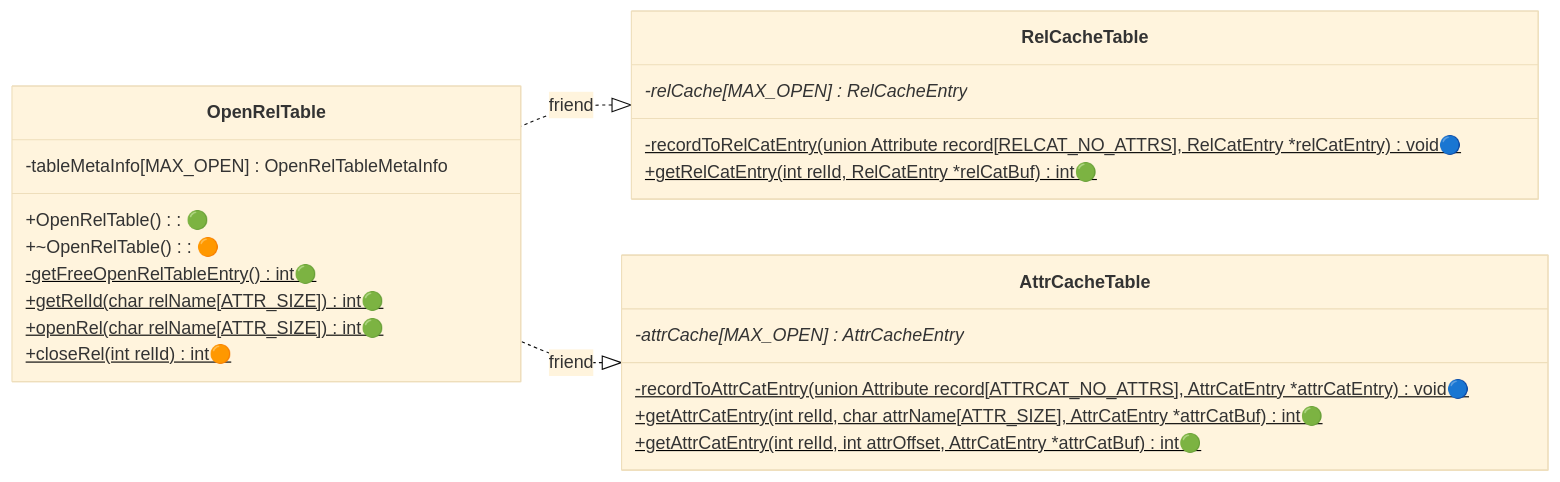
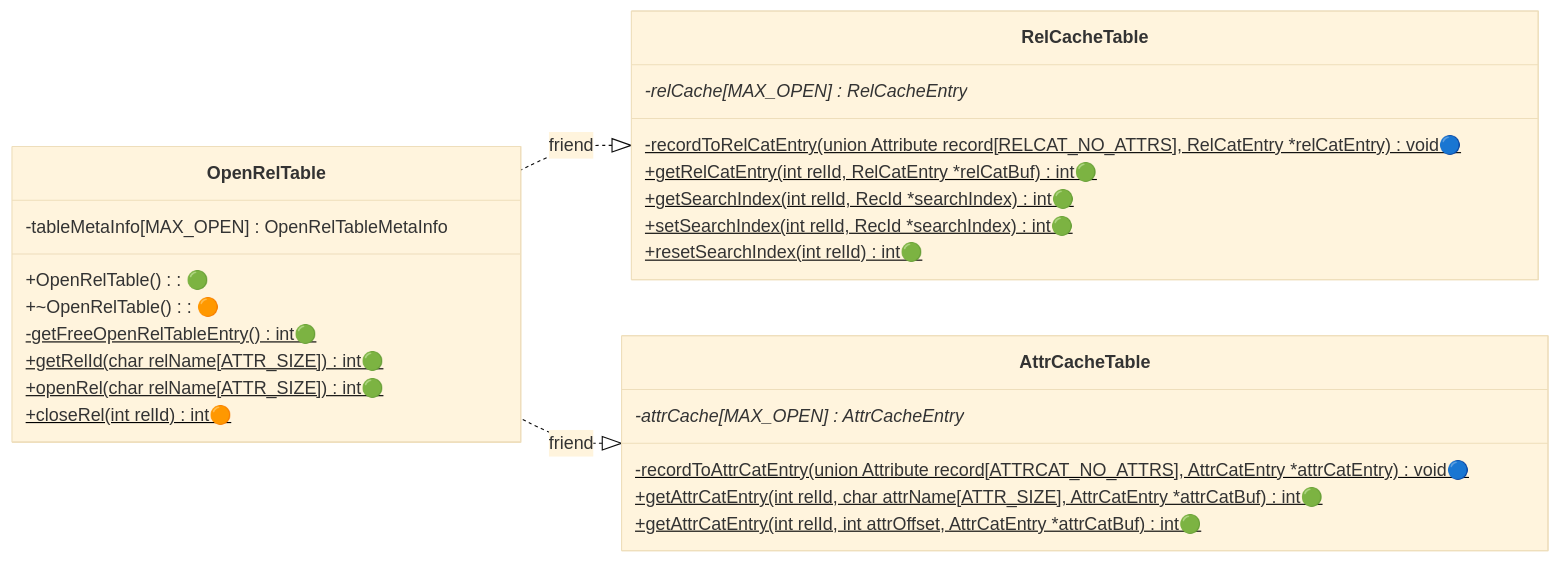
Before and after one commit to NITCbase/nitcbase.github.io: the third of 3 diagrams in docs/Roadmap/Stage04.md, drawn with Mermaid (base theme). The commit also changed other lines of this file, not shown here.

Commit message:
more stage 4 diagrams. pending split

````diff
--- a/docs/Roadmap/Stage04.md
+++ b/docs/Roadmap/Stage04.md
@@ -82,28 +125,31 @@
 ```mermaid
 classDiagram
   direction RL
   RelCacheTable <|.. OpenRelTable : friend
   AttrCacheTable <|.. OpenRelTable : friend
 
   class RelCacheTable{
     -relCache[MAX_OPEN] : RelCacheEntry*
     -recordToRelCatEntry(union Attribute record[RELCAT_NO_ATTRS], RelCatEntry *relCatEntry)$ void🔵
     +getRelCatEntry(int relId, RelCatEntry *relCatBuf)$ int🟢
+    +getSearchIndex(int relId, RecId *searchIndex)$ int🟢
+    +setSearchIndex(int relId, RecId *searchIndex)$ int🟢
+    +resetSearchIndex(int relId)$ int🟢
   }
   class AttrCacheTable{
       -attrCache[MAX_OPEN] : AttrCacheEntry*
       -recordToAttrCatEntry(union Attribute record[ATTRCAT_NO_ATTRS], AttrCatEntry *attrCatEntry)$ void🔵
       +getAttrCatEntry(int relId, char attrName[ATTR_SIZE], AttrCatEntry *attrCatBuf)$ int🟢
       +getAttrCatEntry(int relId, int attrOffset, AttrCatEntry *attrCatBuf)$ int🟢
   }
   class OpenRelTable{
       -tableMetaInfo[MAX_OPEN] : OpenRelTableMetaInfo
       +OpenRelTable(): 🟢
       +~OpenRelTable(): 🟠
       -getFreeOpenRelTableEntry()$ int🟢
       +getRelId(char relName[ATTR_SIZE])$ int🟢
       +openRel(char relName[ATTR_SIZE])$ int🟢
       +closeRel(int relId)$ int🟠
   }
 
 ```
````
